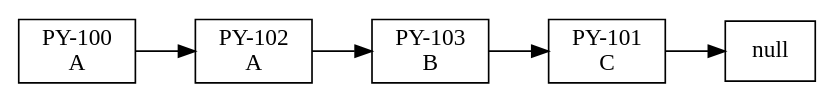
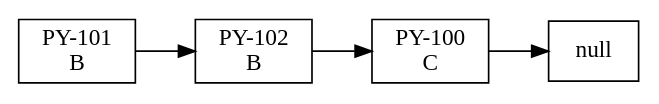
The diagram in EDD_PY1_Fase1/Reportes/Cola.dot (Sheila-Amaya/EDD_2S2023_PY_202000558), drawn with Graphviz before and after one commit. The commit also changed 26 other files, not shown here.

```diff
--- a/EDD_PY1_Fase1/Reportes/Cola.dot
+++ b/EDD_PY1_Fase1/Reportes/Cola.dot
@@ -1,13 +1,11 @@
 digraph cola {
  rankdir=LR;
  node[shape = record]; 
-nodo0[label="{PY-100 \n A}"]; 
-nodo1[label="{PY-102 \n A}"]; 
-nodo2[label="{PY-103 \n B}"]; 
-nodo3[label="{PY-101 \n C}"]; 
+nodo0[label="{PY-101 \n B}"]; 
+nodo1[label="{PY-102 \n B}"]; 
+nodo2[label="{PY-100 \n C}"]; 
 nodo0 -> nodo1
 nodo1 -> nodo2
-nodo2 -> nodo3
 
-nodo3 -> null 
+nodo2 -> null 
 }
```
